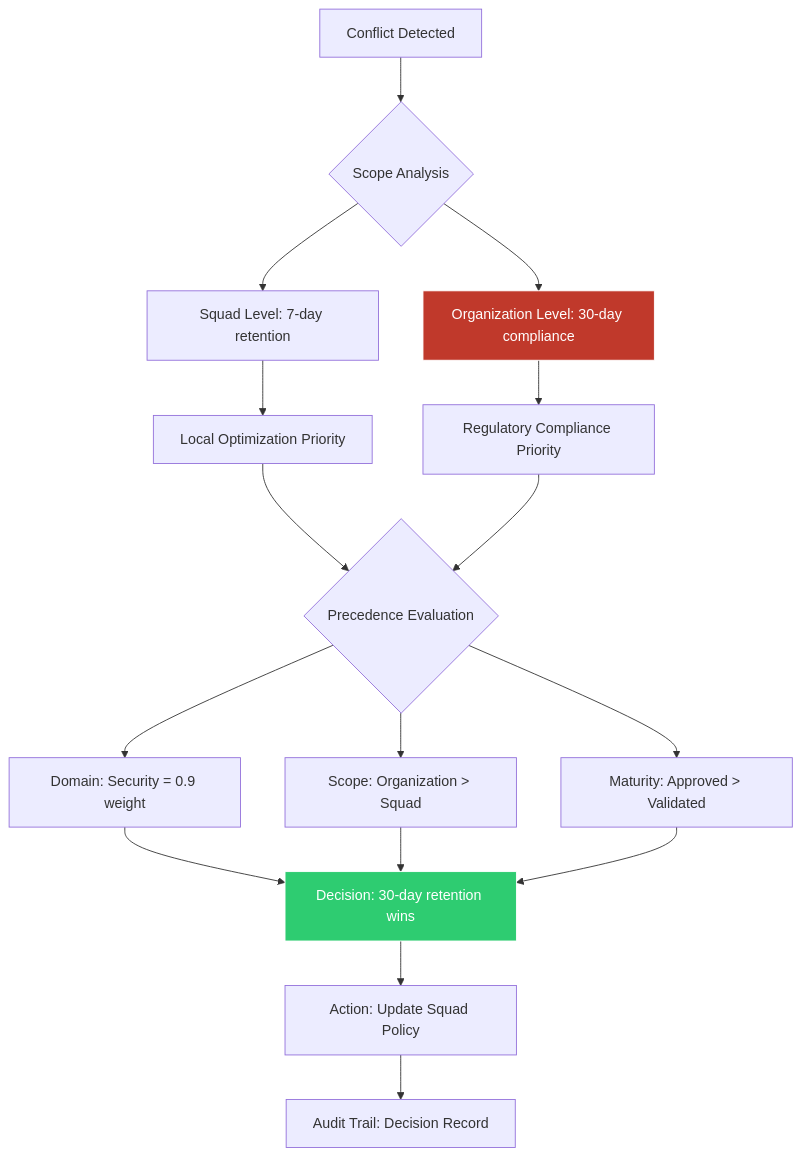
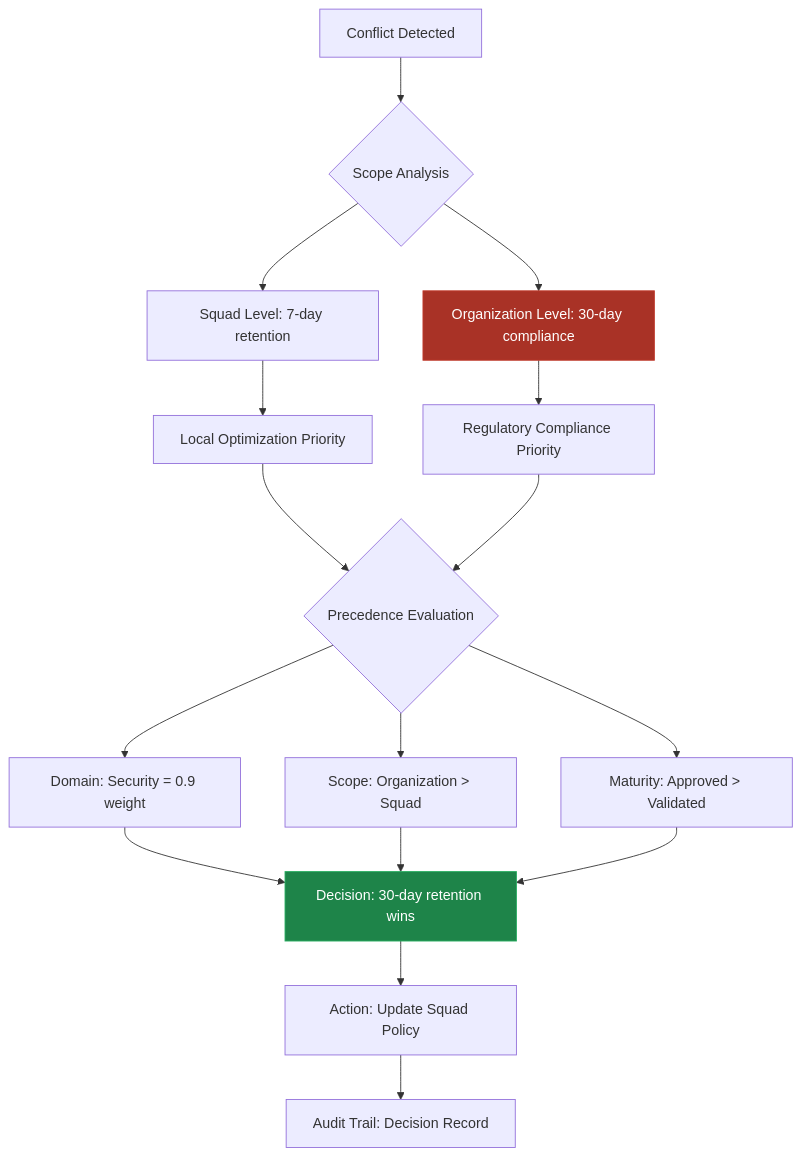
Before and after one commit to casheiro/matrix-protocol: the second of 4 diagrams in content/en/docs/manual/moc-governance.md, drawn with Mermaid. The commit also changed other lines of this file and 36 other files, not shown here.

````diff
--- a/content/en/docs/manual/moc-governance.md
+++ b/content/en/docs/manual/moc-governance.md
@@ -163,26 +164,27 @@
 ```mermaid
 graph TD
     A[Conflict Detected] --> B{Scope Analysis}
     B --> C[Squad Level: 7-day retention]
     B --> D[Organization Level: 30-day compliance]
     
     C --> E[Local Optimization Priority]
     D --> F[Regulatory Compliance Priority]
     
     E --> G{Precedence Evaluation}
     F --> G
     
     G --> H[Domain: Security = 0.9 weight]
     G --> I[Scope: Organization > Squad]
     G --> J[Maturity: Approved > Validated]
     
     H --> K[Decision: 30-day retention wins]
     I --> K
     J --> K
     
     K --> L[Action: Update Squad Policy]
     L --> M[Audit Trail: Decision Record]
     
-    style D fill:#C0392B,stroke:#fff,color:#fff
-    style K fill:#2ECC71,stroke:#fff,color:#fff
+    %% Governance resolution - Functional colors
+    style D fill:#A93226,stroke:#C0392B,color:#fff
+    style K fill:#1E8449,stroke:#27AE60,color:#fff
 ```
````
